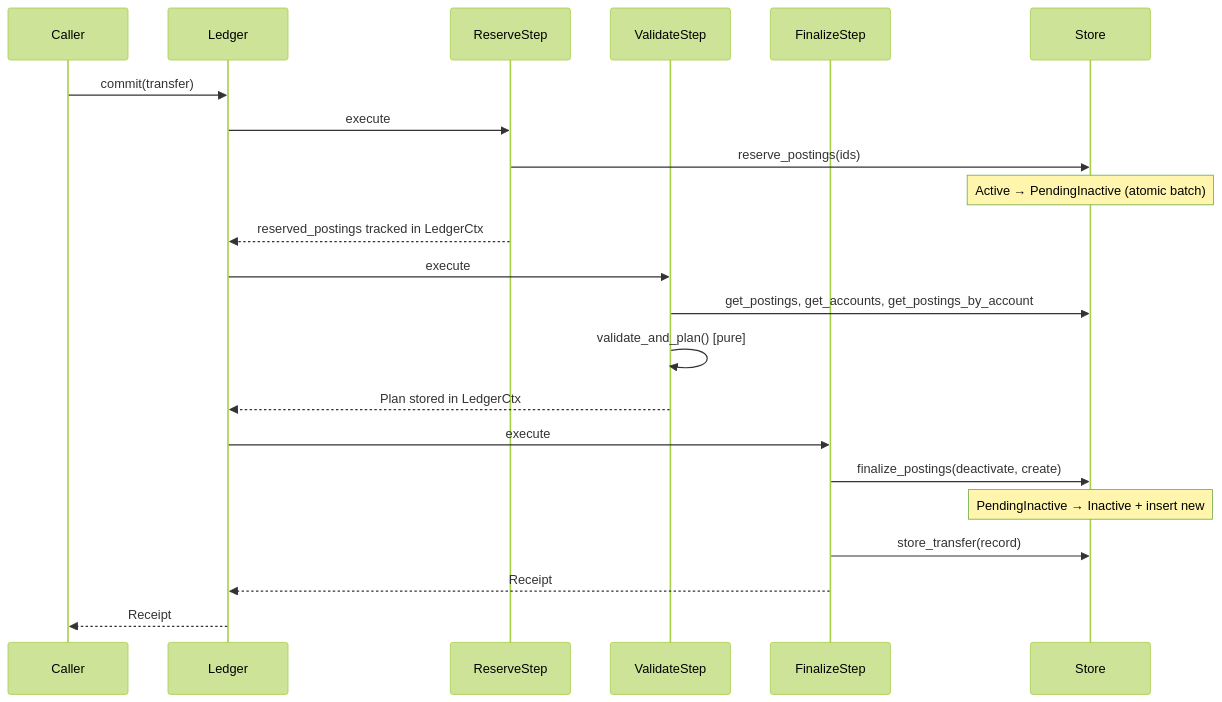
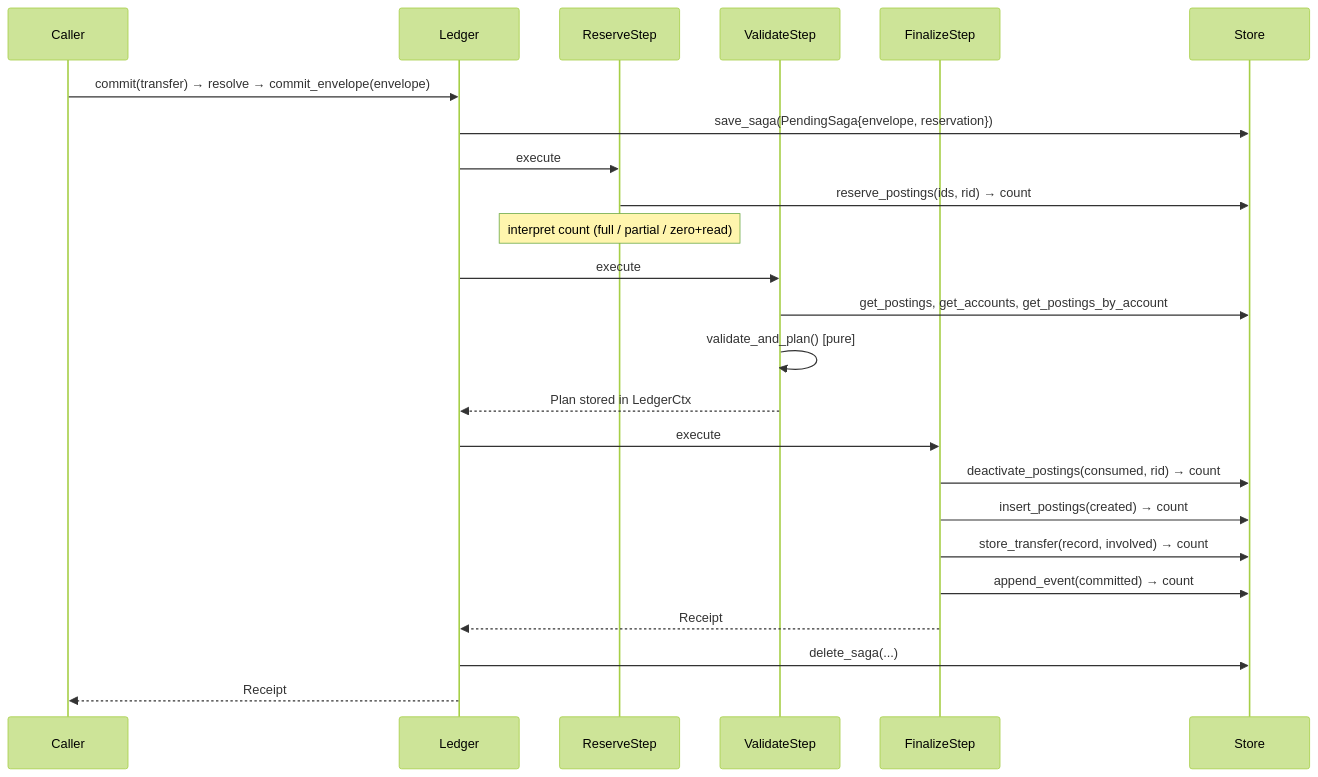
Before and after one commit to crodas/kuatia: the third of 6 diagrams in doc/architecture.md, drawn with Mermaid (forest theme). The commit also changed other lines of this file and 27 other files, not shown here.

````diff
--- a/doc/architecture.md
+++ b/doc/architecture.md
@@ -103,28 +103,29 @@
 ```mermaid
 sequenceDiagram
     participant C as Caller
     participant L as Ledger
     participant R as ReserveStep
     participant V as ValidateStep
     participant F as FinalizeStep
     participant S as Store
 
-    C->>L: commit(transfer)
+    C->>L: commit(transfer) → resolve → commit_envelope(envelope)
+    L->>S: save_saga(PendingSaga{envelope, reservation})
     L->>R: execute
-    R->>S: reserve_postings(ids)
-    Note over S: Active → PendingInactive (atomic batch)
-    R-->>L: reserved_postings tracked in LedgerCtx
+    R->>S: reserve_postings(ids, rid) → count
+    Note over R: interpret count (full / partial / zero+read)
 
     L->>V: execute
     V->>S: get_postings, get_accounts, get_postings_by_account
     V->>V: validate_and_plan() [pure]
     V-->>L: Plan stored in LedgerCtx
 
     L->>F: execute
-    F->>S: finalize_postings(deactivate, create)
-    Note over S: PendingInactive → Inactive + insert new
-    F->>S: store_transfer(record)
+    F->>S: deactivate_postings(consumed, rid) → count
+    F->>S: insert_postings(created) → count
+    F->>S: store_transfer(record, involved) → count
+    F->>S: append_event(committed) → count
     F-->>L: Receipt
-
+    L->>S: delete_saga(...)
     L-->>C: Receipt
 ```
````
